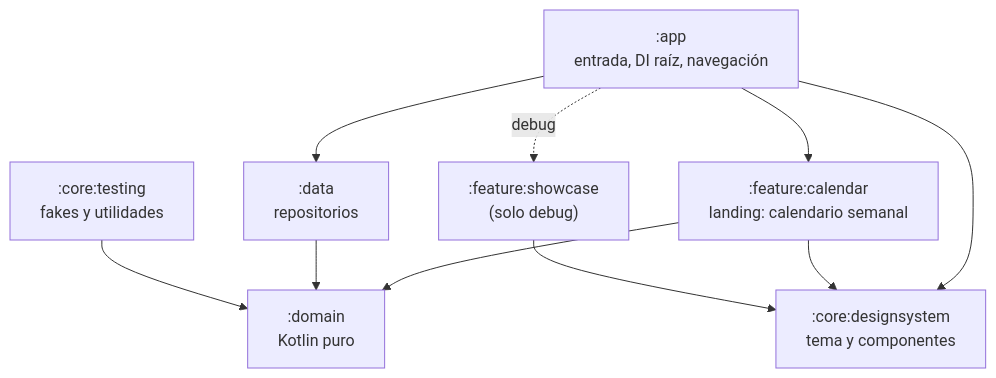
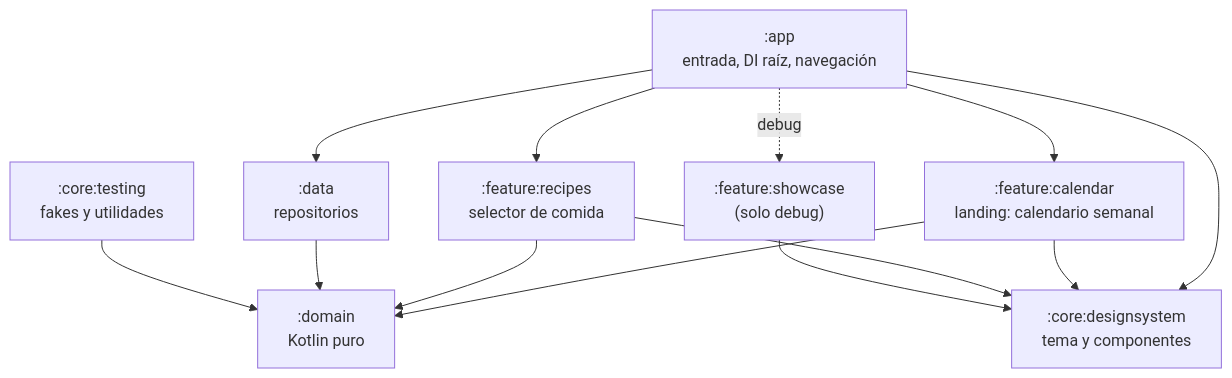
The diagram in README.md (Jorhetfield/tavola), drawn with Mermaid before and after one commit. The commit also changed other lines of this file and 82 other files, not shown here.

First line of the commit message:
Selector de comida: receta o comida rápida, con hoja inferior expresiva

````diff
--- a/README.md
+++ b/README.md
@@ -79,20 +80,24 @@
 ```mermaid
 graph TD
     app[":app<br/>entrada, DI raíz, navegación"]
     cal[":feature:calendar<br/>landing: calendario semanal"]
+    rec[":feature:recipes<br/>selector de comida"]
     show[":feature:showcase<br/>(solo debug)"]
     ds[":core:designsystem<br/>tema y componentes"]
     domain[":domain<br/>Kotlin puro"]
     data[":data<br/>repositorios"]
     testing[":core:testing<br/>fakes y utilidades"]
 
     app --> cal
+    app --> rec
     app --> data
     app -.->|debug| show
     app --> ds
     cal --> domain
     cal --> ds
+    rec --> domain
+    rec --> ds
     show --> ds
     data --> domain
     testing --> domain
 ```
````
